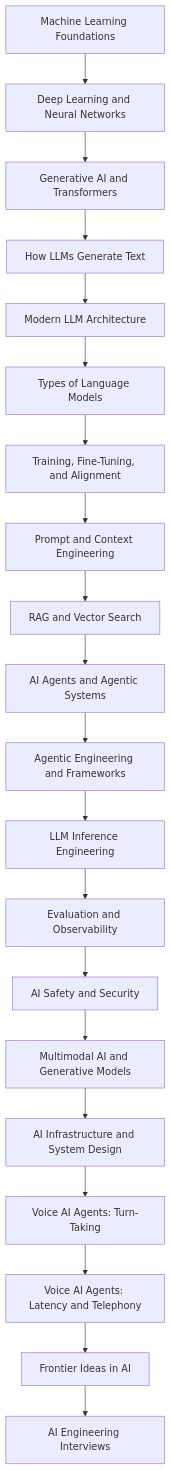
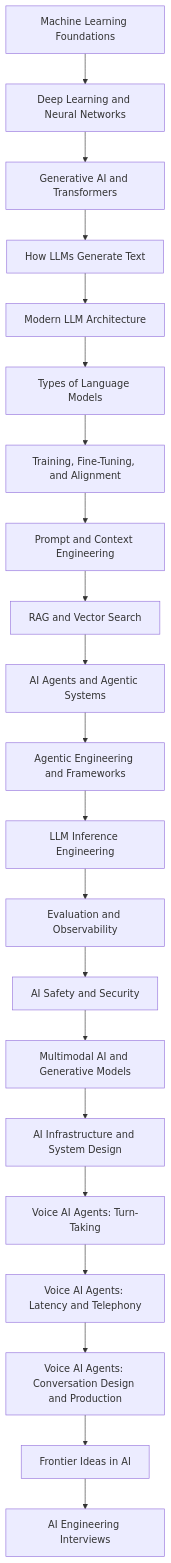
One commit to amitshekhariitbhu/ai-engineering-course changed the diagram in README.md. Above: the diagram before and after it, drawn with Mermaid. The commit also changed other lines of this file, not shown here.

````diff
--- a/README.md
+++ b/README.md
@@ -196,22 +198,23 @@
 ```mermaid
 flowchart TD
     A[Machine Learning Foundations] --> B[Deep Learning and Neural Networks]
     B --> C[Generative AI and Transformers]
     C --> D[How LLMs Generate Text]
     D --> E[Modern LLM Architecture]
     E --> F[Types of Language Models]
     F --> G[Training, Fine-Tuning, and Alignment]
     G --> H[Prompt and Context Engineering]
     H --> I[RAG and Vector Search]
     I --> J[AI Agents and Agentic Systems]
     J --> K[Agentic Engineering and Frameworks]
     K --> L[LLM Inference Engineering]
     L --> M[Evaluation and Observability]
     M --> N[AI Safety and Security]
     N --> O[Multimodal AI and Generative Models]
     O --> P[AI Infrastructure and System Design]
     P --> S[Voice AI Agents: Turn-Taking]
     S --> T[Voice AI Agents: Latency and Telephony]
-    T --> Q[Frontier Ideas in AI]
+    T --> U[Voice AI Agents: Conversation Design and Production]
+    U --> Q[Frontier Ideas in AI]
     Q --> R[AI Engineering Interviews]
 ```
````
